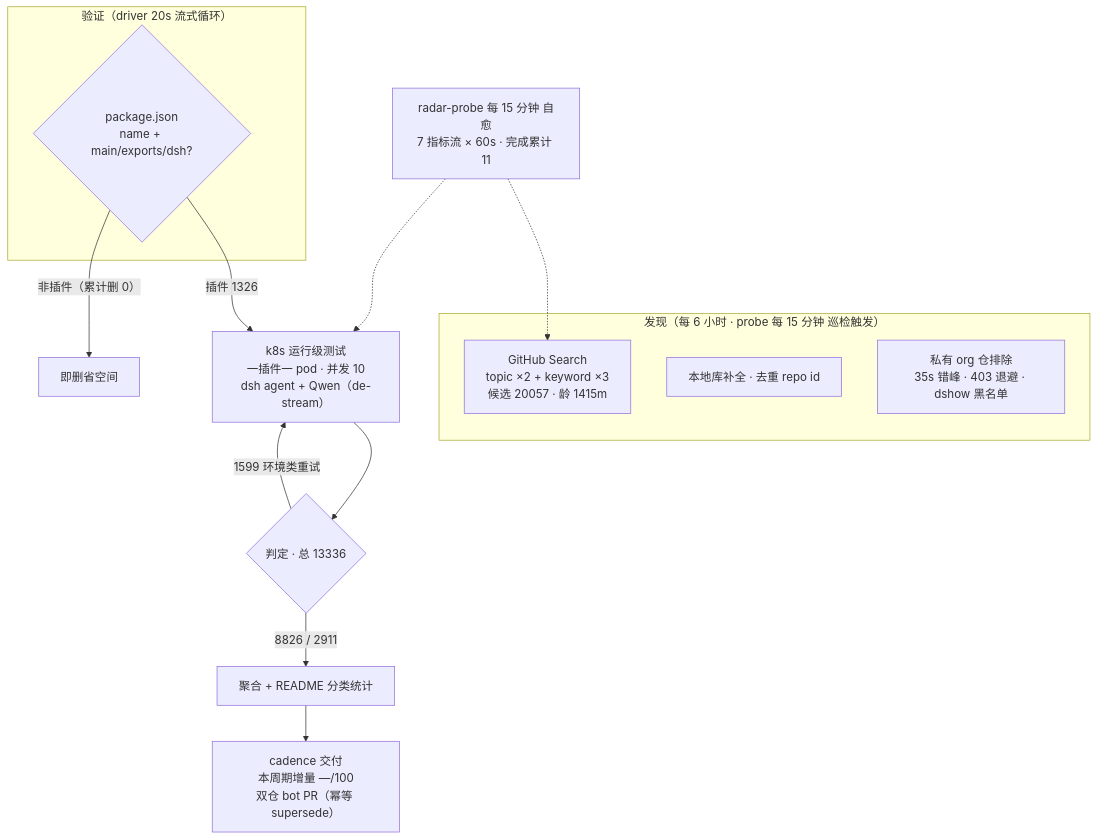
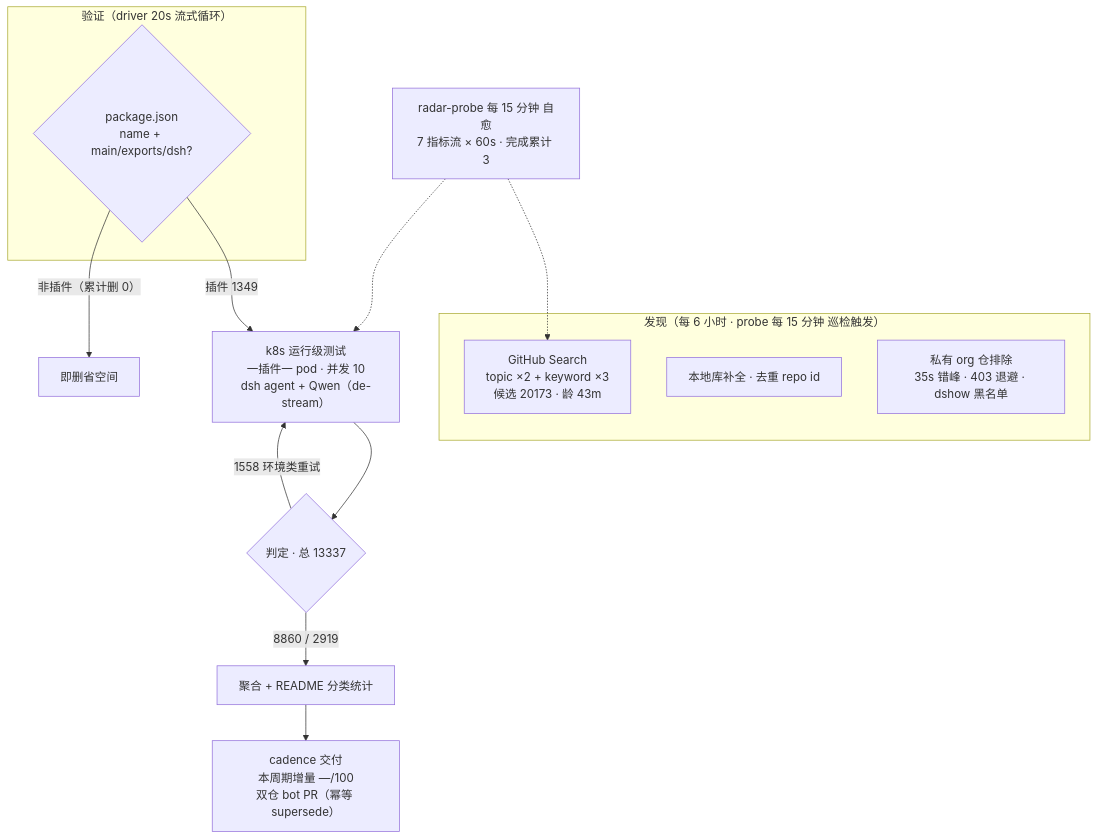
Before and after one commit to AdamPlatin123/dsh-plugin-radar: the diagram in README.md, drawn with Mermaid. The commit also changed other lines of this file and 18 other files, not shown here.

````diff
--- a/README.md
+++ b/README.md
@@ -52,20 +52,20 @@
 ```mermaid
 flowchart TB
     subgraph Discovery["发现（每 6 小时 · probe 每 15 分钟 巡检触发）"]
-        A1["GitHub Search<br/>topic ×2 + keyword ×3<br/>候选 20057 · 龄 1415m"]
+        A1["GitHub Search<br/>topic ×2 + keyword ×3<br/>候选 20173 · 龄 43m"]
         A2["本地库补全 · 去重 repo id"]
         A3["私有 org 仓排除<br/>35s 错峰 · 403 退避 · dshow 黑名单"]
     end
     subgraph Validation["验证（driver 20s 流式循环）"]
         B1{"package.json<br/>name + main/exports/dsh?"}
     end
-    B1 -->|"插件 1326"| C1["k8s 运行级测试<br/>一插件一 pod · 并发 10<br/>dsh agent + Qwen（de-stream）"]
+    B1 -->|"插件 1349"| C1["k8s 运行级测试<br/>一插件一 pod · 并发 10<br/>dsh agent + Qwen（de-stream）"]
     B1 -->|"非插件（累计删 0）"| B3["即删省空间"]
-    C1 --> D1{"判定 · 总 13336"}
-    D1 -->|"8826 / 2911"| E1["聚合 + README 分类统计"]
-    D1 -->|"1599 环境类重试"| C1
+    C1 --> D1{"判定 · 总 13337"}
+    D1 -->|"8860 / 2919"| E1["聚合 + README 分类统计"]
+    D1 -->|"1558 环境类重试"| C1
     E1 --> E2["cadence 交付<br/>本周期增量 —/100<br/>双仓 bot PR（幂等 supersede）"]
-    M["radar-probe 每 15 分钟 自愈<br/>7 指标流 × 60s · 完成累计 11"]
+    M["radar-probe 每 15 分钟 自愈<br/>7 指标流 × 60s · 完成累计 3"]
     M -.-> A1
     M -.-> C1
 ```
````
